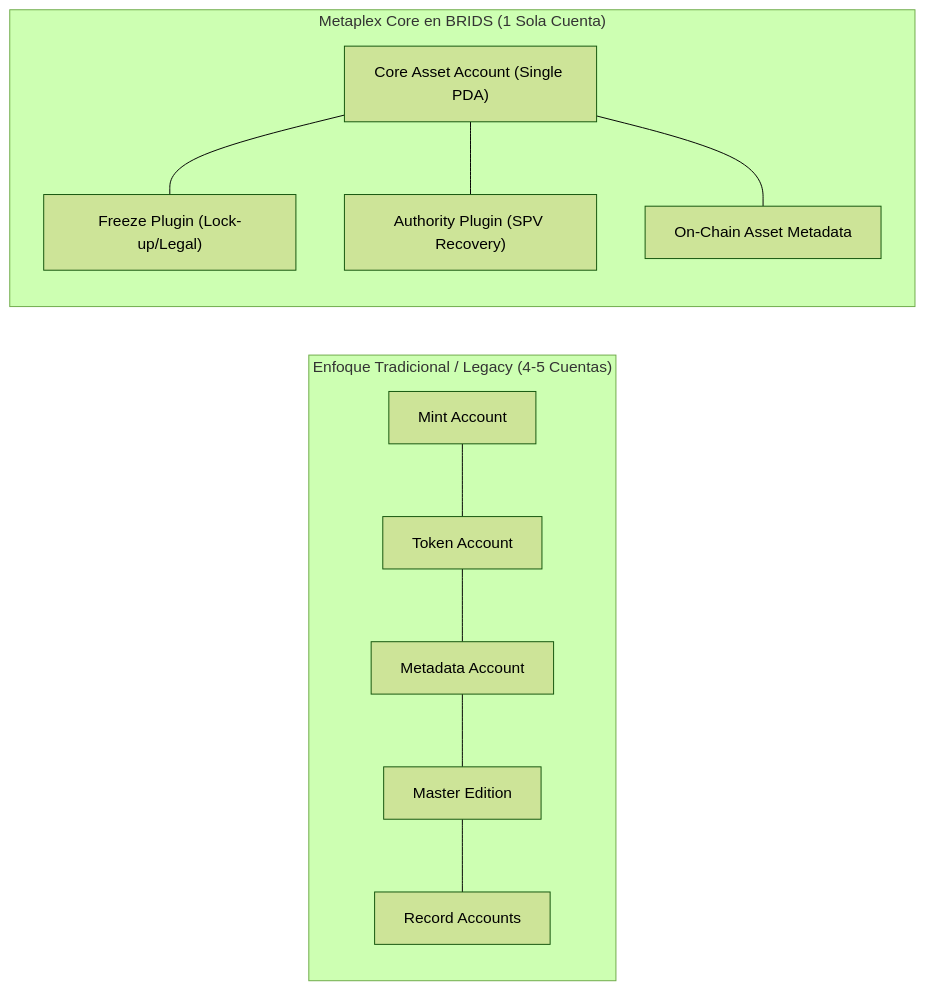
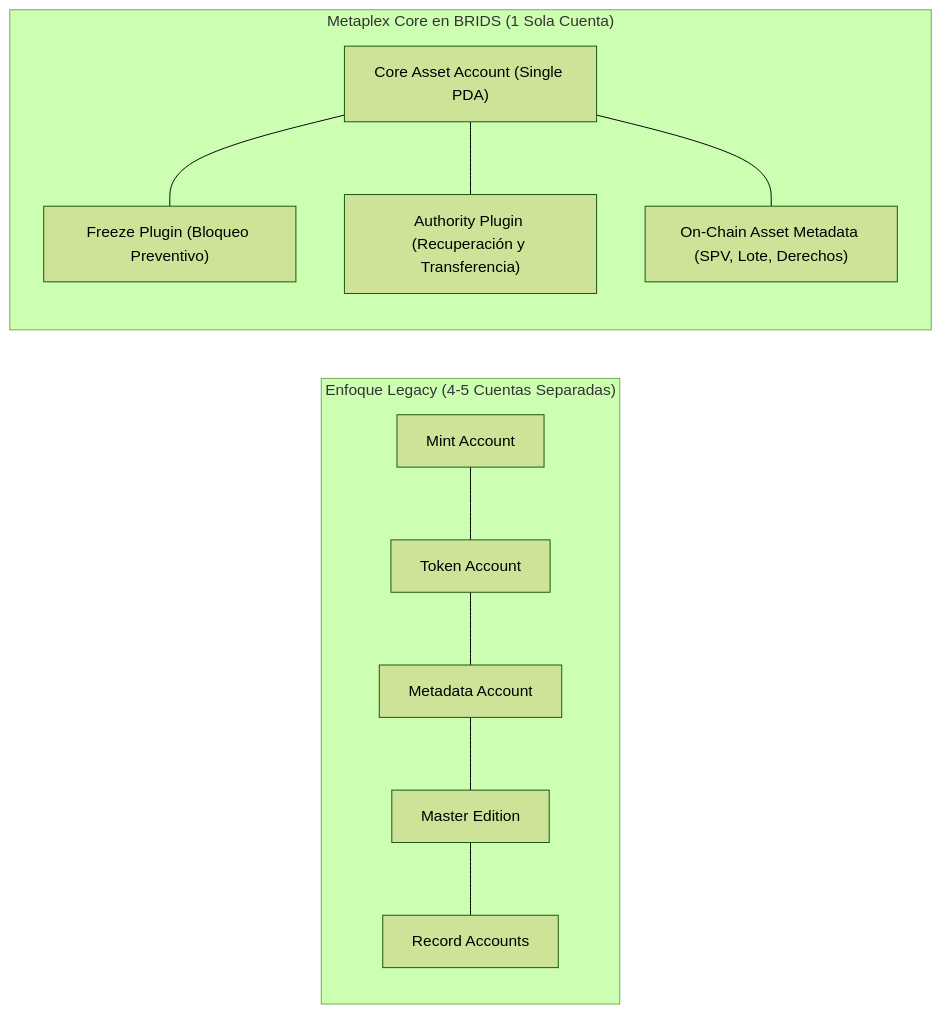
The diagram in BRIDS-Brain/01 Negocio/01 Estrategia & Modelo/Business Concepts/concept-solana-rwa-infrastructure.md (jeisonsosablockdev/BRIDS-KNOWLEDGE-FORT), drawn with Mermaid (forest theme) before and after one commit. The commit also changed other lines of this file, not shown here.

````diff
--- a/BRIDS-Brain/01 Negocio/01 Estrategia & Modelo/Business Concepts/concept-solana-rwa-infrastructure.md
+++ b/BRIDS-Brain/01 Negocio/01 Estrategia & Modelo/Business Concepts/concept-solana-rwa-infrastructure.md
@@ -56,16 +85,16 @@
 ```mermaid
 graph LR
-    subgraph Legacy_Approach["Enfoque Tradicional / Legacy (4-5 Cuentas)"]
+    subgraph Legacy_Approach["Enfoque Legacy (4-5 Cuentas Separadas)"]
         Mint["Mint Account"] --- Token["Token Account"]
         Token --- Meta["Metadata Account"]
         Meta --- Master["Master Edition"]
         Master --- Rec["Record Accounts"]
     end
 
     subgraph Metaplex_Core["Metaplex Core en BRIDS (1 Sola Cuenta)"]
         Asset["Core Asset Account (Single PDA)"]
-        Asset --- Plugin1["Freeze Plugin (Lock-up/Legal)"]
-        Asset --- Plugin2["Authority Plugin (SPV Recovery)"]
-        Asset --- Data["On-Chain Asset Metadata"]
+        Asset --- Plugin1["Freeze Plugin (Bloqueo Preventivo)"]
+        Asset --- Plugin2["Authority Plugin (Recuperación y Transferencia)"]
+        Asset --- Data["On-Chain Asset Metadata (SPV, Lote, Derechos)"]
     end
 ```
````
